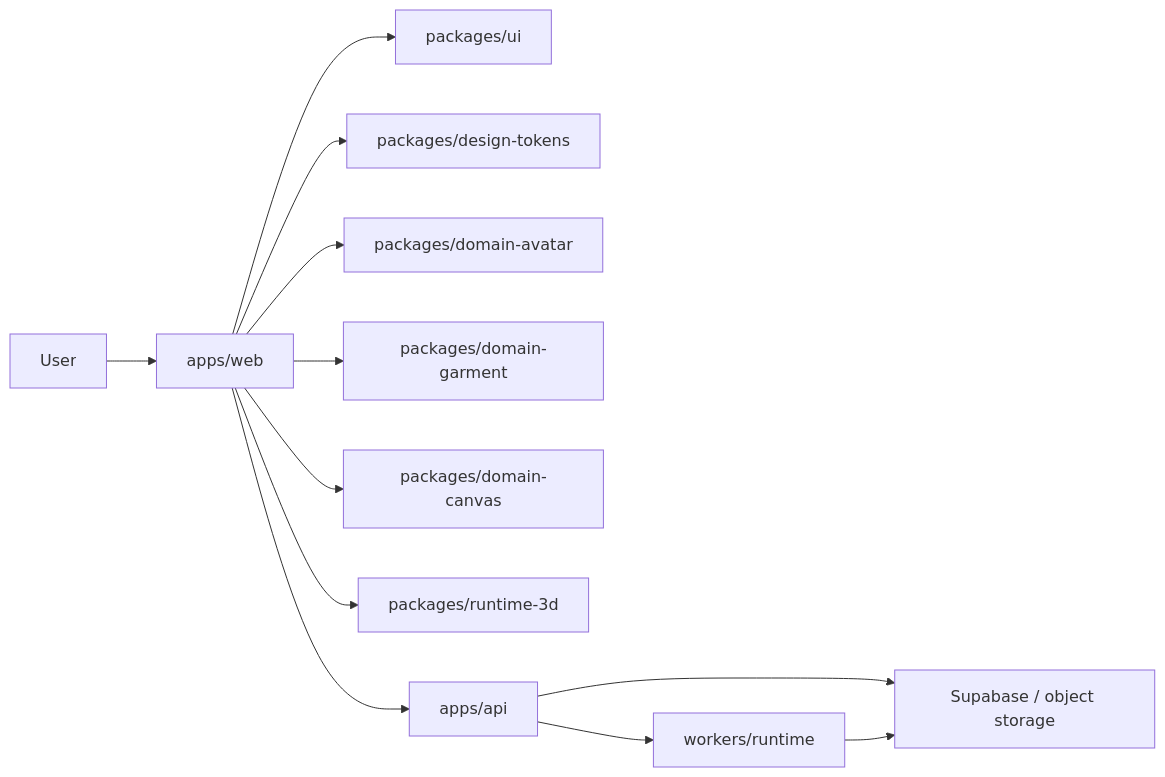
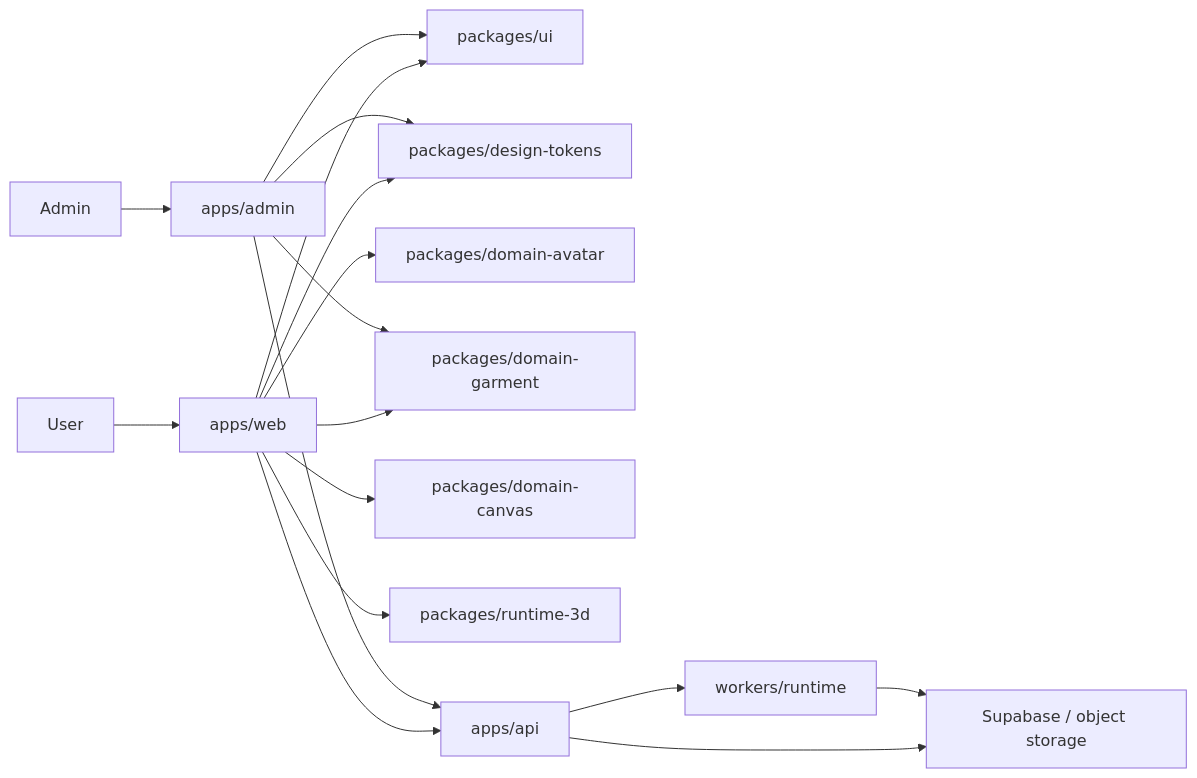
One commit to HHSOLL/freestyle changed the diagram in docs/architecture-overview.md. Above: the diagram before and after it, drawn with Mermaid. The commit also changed other lines of this file and 58 other files, not shown here.

````diff
--- a/docs/architecture-overview.md
+++ b/docs/architecture-overview.md
@@ -16,14 +16,19 @@
 ```mermaid
 flowchart LR
   User["User"] --> Web["apps/web"]
+  Admin["Admin"] --> AdminWeb["apps/admin"]
   Web --> UI["packages/ui"]
+  AdminWeb --> UI
   Web --> Tokens["packages/design-tokens"]
+  AdminWeb --> Tokens
   Web --> Avatar["packages/domain-avatar"]
   Web --> Garment["packages/domain-garment"]
   Web --> Canvas["packages/domain-canvas"]
   Web --> Runtime["packages/runtime-3d"]
+  AdminWeb --> Garment
   Web --> API["apps/api"]
+  AdminWeb --> API
   API --> Workers["workers/runtime"]
   API --> Storage["Supabase / object storage"]
   Workers --> Storage
 ```
````
